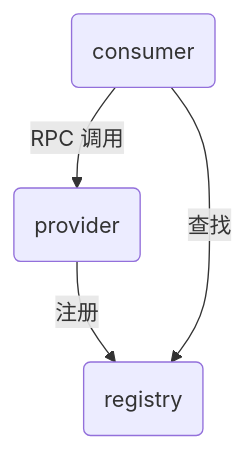
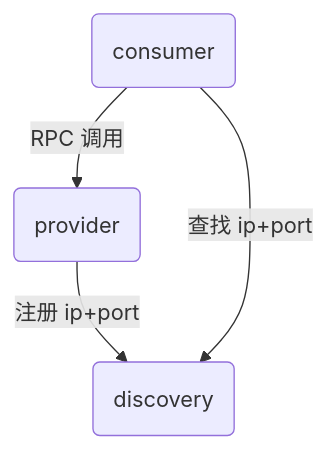
Before and after one commit to hgkmail/akrpc: the diagram in README.md, drawn with Mermaid. The commit also changed other lines of this file and 9 other files, not shown here.

````diff
--- a/README.md
+++ b/README.md
@@ -20,6 +20,6 @@
 ```mermaid
 graph TD
     C(consumer) -->|RPC 调用| B(provider)
-    B -->|注册| A(registry)
-    C -->|查找| A
+    B -->|注册 ip+port| A(discovery)
+    C -->|查找 ip+port| A
 ```
````
